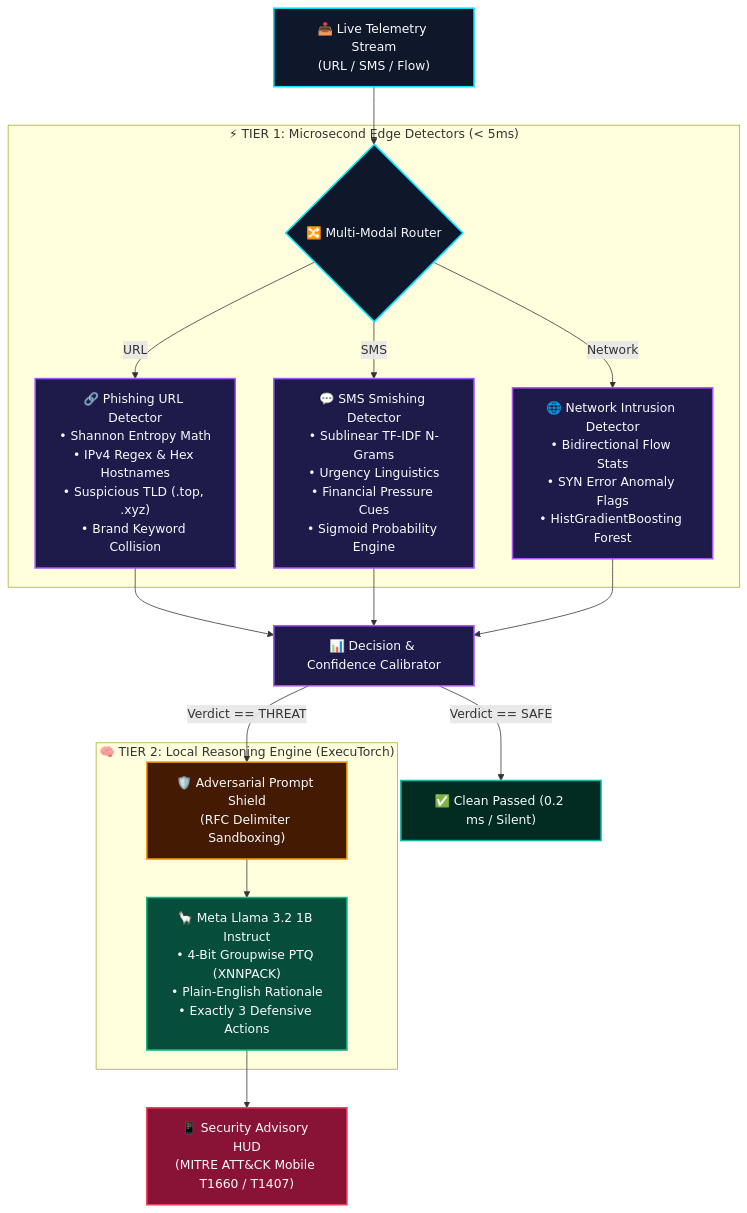
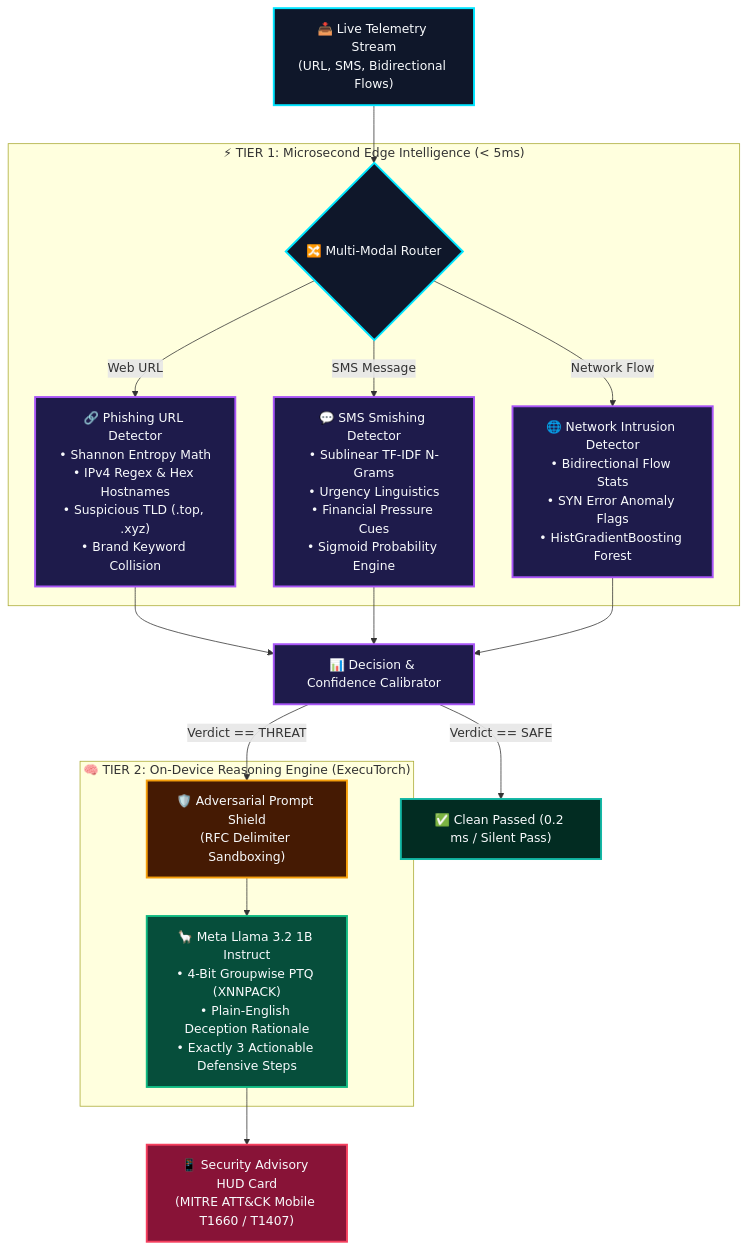
The first of 2 diagrams in README.md (kd-prashant/On-Device-Threat-Detection), drawn with Mermaid before and after one commit. The commit also changed other lines of this file, not shown here.

Commit message:
docs(readme): transform into futuristic cyberpunk HUD layout with live SVG typing banner and on-device benchmarks

````diff
--- a/README.md
+++ b/README.md
@@ -110,30 +255,30 @@
 ```mermaid
 flowchart TD
-    classDef inputStyle fill:#0f172a,stroke:#00e5ff,stroke-width:2px,color:#f8fafc;
-    classDef detectorStyle fill:#1e1b4b,stroke:#a855f7,stroke-width:2px,color:#f8fafc;
-    classDef shieldStyle fill:#451a03,stroke:#f59e0b,stroke-width:2px,color:#f8fafc;
-    classDef llmStyle fill:#064e3b,stroke:#10b981,stroke-width:2px,color:#f8fafc;
-    classDef alertStyle fill:#881337,stroke:#f43f5e,stroke-width:2px,color:#f8fafc;
-    classDef safeStyle fill:#022c22,stroke:#14b8a6,stroke-width:2px,color:#f8fafc;
+    classDef inputStyle fill:#0f172a,stroke:#00e5ff,stroke-width:2.5px,color:#f8fafc;
+    classDef detectorStyle fill:#1e1b4b,stroke:#a855f7,stroke-width:2.5px,color:#f8fafc;
+    classDef shieldStyle fill:#451a03,stroke:#f59e0b,stroke-width:2.5px,color:#f8fafc;
+    classDef llmStyle fill:#064e3b,stroke:#10b981,stroke-width:2.5px,color:#f8fafc;
+    classDef alertStyle fill:#881337,stroke:#f43f5e,stroke-width:2.5px,color:#f8fafc;
+    classDef safeStyle fill:#022c22,stroke:#14b8a6,stroke-width:2.5px,color:#f8fafc;
 
-    STREAM["📥 Live Telemetry Stream\n(URL / SMS / Flow)"]:::inputStyle --> ROUTER{"🔀 Multi-Modal Router"}:::inputStyle
+    STREAM["📥 Live Telemetry Stream\n(URL, SMS, Bidirectional Flows)"]:::inputStyle --> ROUTER{"🔀 Multi-Modal Router"}:::inputStyle
 
-    subgraph Tier1 ["⚡ TIER 1: Microsecond Edge Detectors (< 5ms)"]
-        ROUTER -->|"URL"| URL_DET["🔗 Phishing URL Detector\n• Shannon Entropy Math\n• IPv4 Regex & Hex Hostnames\n• Suspicious TLD (.top, .xyz)\n• Brand Keyword Collision"]:::detectorStyle
-        ROUTER -->|"SMS"| SMS_DET["💬 SMS Smishing Detector\n• Sublinear TF-IDF N-Grams\n• Urgency Linguistics\n• Financial Pressure Cues\n• Sigmoid Probability Engine"]:::detectorStyle
-        ROUTER -->|"Network"| NET_DET["🌐 Network Intrusion Detector\n• Bidirectional Flow Stats\n• SYN Error Anomaly Flags\n• HistGradientBoosting Forest"]:::detectorStyle
+    subgraph Tier1 ["⚡ TIER 1: Microsecond Edge Intelligence (< 5ms)"]
+        ROUTER -->|"Web URL"| URL_DET["🔗 Phishing URL Detector\n• Shannon Entropy Math\n• IPv4 Regex & Hex Hostnames\n• Suspicious TLD (.top, .xyz)\n• Brand Keyword Collision"]:::detectorStyle
+        ROUTER -->|"SMS Message"| SMS_DET["💬 SMS Smishing Detector\n• Sublinear TF-IDF N-Grams\n• Urgency Linguistics\n• Financial Pressure Cues\n• Sigmoid Probability Engine"]:::detectorStyle
+        ROUTER -->|"Network Flow"| NET_DET["🌐 Network Intrusion Detector\n• Bidirectional Flow Stats\n• SYN Error Anomaly Flags\n• HistGradientBoosting Forest"]:::detectorStyle
     end
 
     URL_DET --> FUSION["📊 Decision & Confidence Calibrator"]:::detectorStyle
     SMS_DET --> FUSION
     NET_DET --> FUSION
 
-    FUSION -->|"Verdict == SAFE"| PASS["✅ Clean Passed (0.2 ms / Silent)"]:::safeStyle
+    FUSION -->|"Verdict == SAFE"| PASS["✅ Clean Passed (0.2 ms / Silent Pass)"]:::safeStyle
     FUSION -->|"Verdict == THREAT"| SHIELD["🛡️ Adversarial Prompt Shield\n(RFC Delimiter Sandboxing)"]:::shieldStyle
 
-    subgraph Tier2 ["🧠 TIER 2: Local Reasoning Engine (ExecuTorch)"]
-        SHIELD --> LLAMA["🦙 Meta Llama 3.2 1B Instruct\n• 4-Bit Groupwise PTQ (XNNPACK)\n• Plain-English Rationale\n• Exactly 3 Defensive Actions"]:::llmStyle
+    subgraph Tier2 ["🧠 TIER 2: On-Device Reasoning Engine (ExecuTorch)"]
+        SHIELD --> LLAMA["🦙 Meta Llama 3.2 1B Instruct\n• 4-Bit Groupwise PTQ (XNNPACK)\n• Plain-English Deception Rationale\n• Exactly 3 Actionable Defensive Steps"]:::llmStyle
     end
 
-    LLAMA --> OUT["📱 Security Advisory HUD\n(MITRE ATT&CK Mobile T1660 / T1407)"]:::alertStyle
+    LLAMA --> OUT["📱 Security Advisory HUD Card\n(MITRE ATT&CK Mobile T1660 / T1407)"]:::alertStyle
 ```
````
